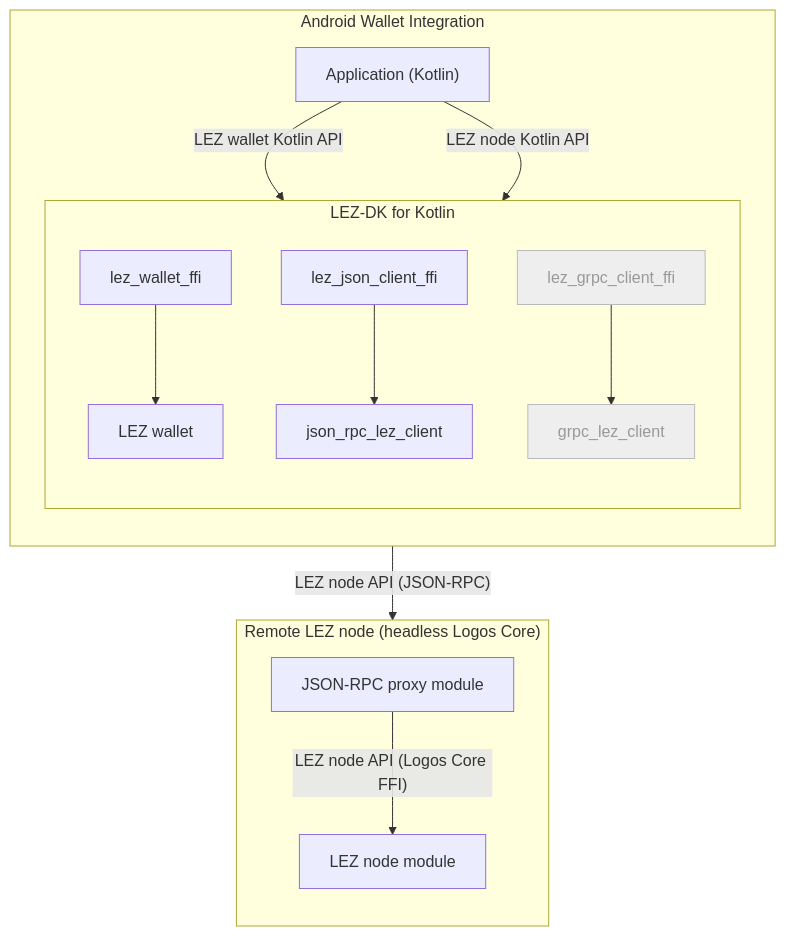
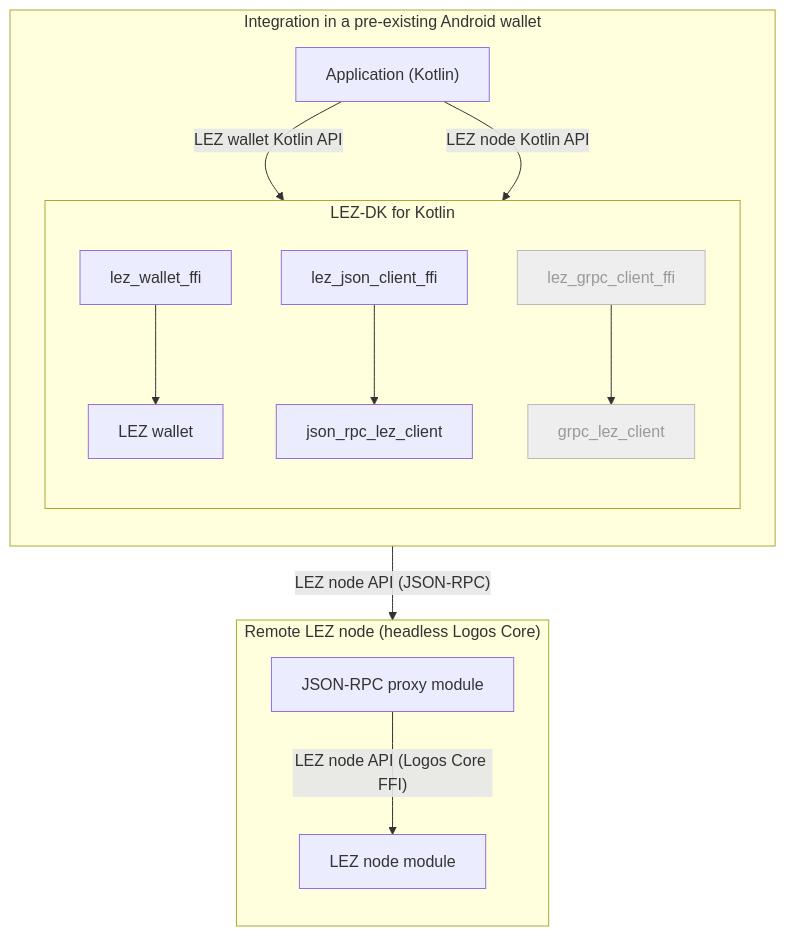
One commit to logos-co/rfp changed the second of 4 diagrams in RFPs/RFP-027-lez-node-api.md. Above: the diagram before and after it, drawn with Mermaid. The commit also changed other lines of this file, not shown here.

First line of the commit message:
Title the diagrams by what an app is, and state the recommended path

````diff
--- a/RFPs/RFP-027-lez-node-api.md
+++ b/RFPs/RFP-027-lez-node-api.md
@@ -187,27 +193,27 @@
 ```mermaid
 flowchart TB
-  subgraph android["Android Wallet Integration"]
+  subgraph android["Integration in a pre-existing Android wallet"]
     direction TB
     androidApp["Application (Kotlin)"]
 
     subgraph devkit["LEZ-DK for Kotlin"]
       direction TB
       walletFfi["lez_wallet_ffi"] --> walletLib["LEZ wallet"]
       jsonFfi["lez_json_client_ffi"] --> jsonClient["json_rpc_lez_client"]
       grpcFfi["lez_grpc_client_ffi"] --> grpcClient["grpc_lez_client"]
     end
 
     androidApp -- "LEZ wallet Kotlin API" --> walletFfi
     androidApp -- "LEZ node Kotlin API" --> jsonFfi
   end
 
   subgraph remote["Remote LEZ node (headless Logos Core)"]
     direction TB
     proxy["JSON-RPC proxy module"] -- "LEZ node API (Logos Core FFI)" --> rnode["LEZ node module"]
   end
 
   jsonClient -- "LEZ node API (JSON-RPC)" --> proxy
 
   style grpcFfi fill:#eeeeee,stroke:#bbbbbb,color:#999999
   style grpcClient fill:#eeeeee,stroke:#bbbbbb,color:#999999
 ```
````
